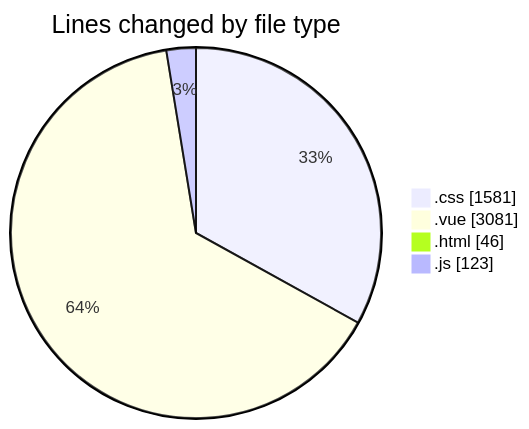
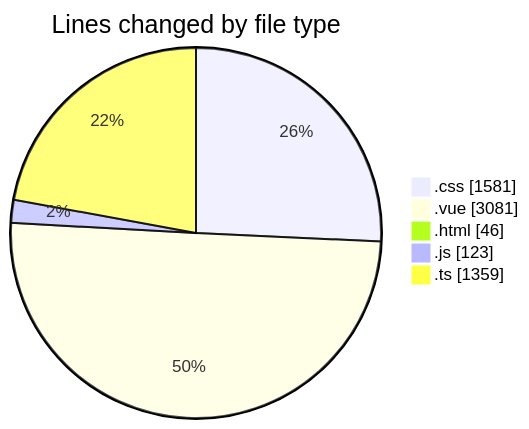
One commit to lephambinh05/code-tracking changed the first of 2 diagrams in 2025-08-18/rentotp/README.md. Above: the diagram before and after it, drawn with Mermaid. The commit also changed other lines of this file and 1 other file, not shown here.

````diff
--- a/2025-08-18/rentotp/README.md
+++ b/2025-08-18/rentotp/README.md
@@ -33,8 +37,9 @@
 ```mermaid
 pie showData
 title Lines changed by file type
 ".css" : 1581
 ".vue" : 3081
 ".html" : 46
 ".js" : 123
+".ts" : 1359
 ```
````
